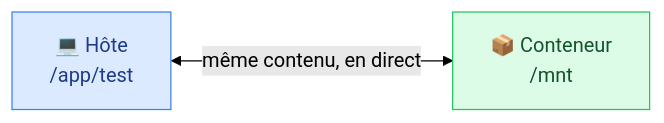
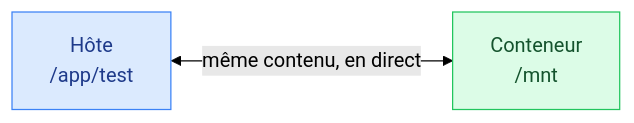
The third of 4 diagrams in methodologie-securite-it/docker/06-volumes.md (GoobyWoobies/HEIA-IT), drawn with Mermaid (forest theme) before and after one commit. The commit also changed other lines of this file and 24 other files, not shown here.

````diff
--- a/methodologie-securite-it/docker/06-volumes.md
+++ b/methodologie-securite-it/docker/06-volumes.md
@@ -261,7 +261,7 @@
 ```mermaid
 flowchart LR
-    H["💻 Hôte<br/>/app/test"] <-->|"même contenu, en direct"| C["📦 Conteneur<br/>/mnt"]
+    H["Hôte<br/>/app/test"] <-->|"même contenu, en direct"| C["Conteneur<br/>/mnt"]
 
     style H fill:#dbeafe,stroke:#3b82f6,color:#1e3a8a
     style C fill:#dcfce7,stroke:#22c55e,color:#14532d
 ```
````
